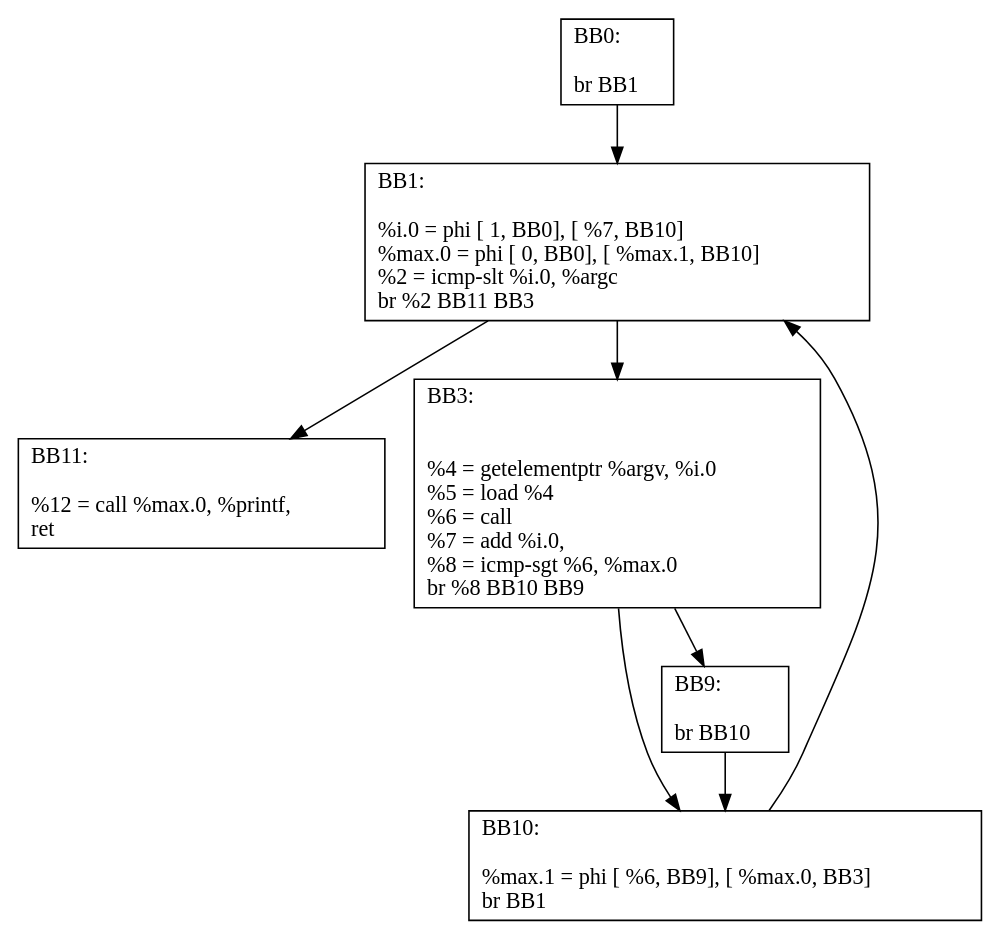
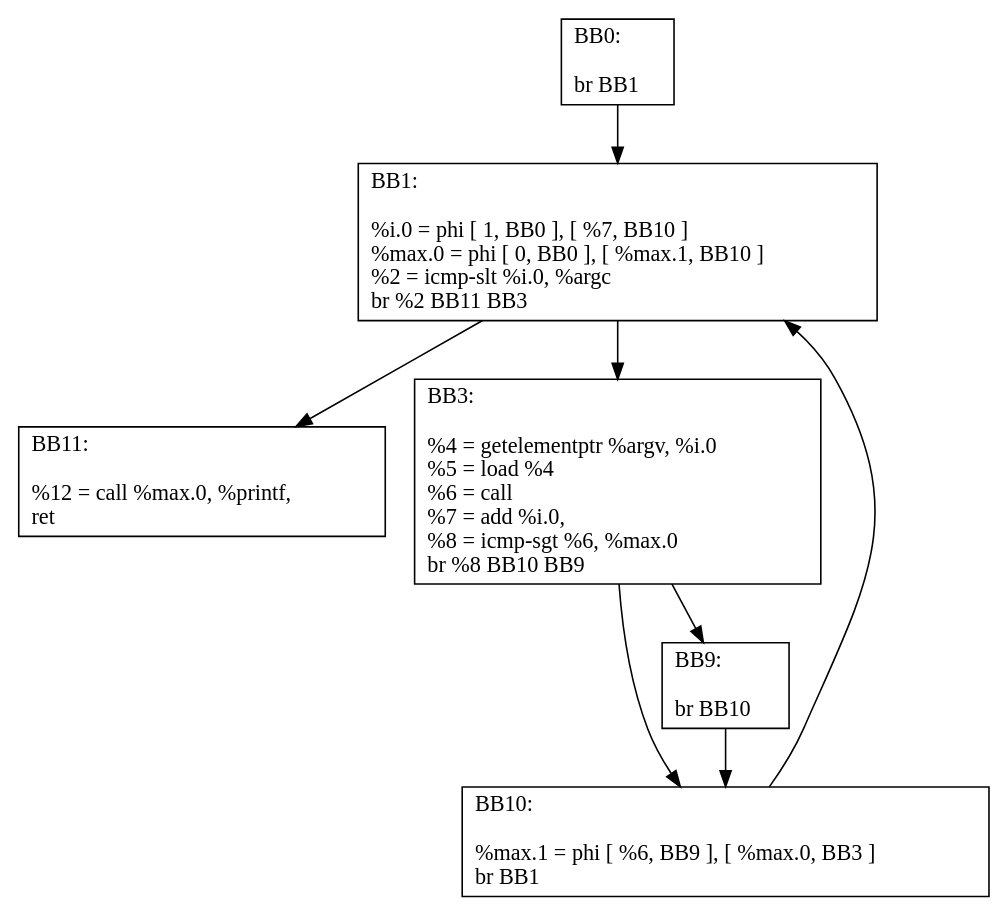
One commit to canesche/cfgPrinter changed the diagram in main.dot. Above: the diagram before and after it, drawn with Graphviz. The commit also changed 3 other files, not shown here.

```diff
--- a/main.dot
+++ b/main.dot
@@ -1,15 +1,15 @@
 digraph "CFG for 'main' function" {
 	AA0 [shape=record, label="{BB0:\l\l  br  BB1\l}"];
 	AA0 -> AA1
-	AA1 [shape=record, label="{BB1:\l\l  %i.0 = phi [ 1, BB0], [  %7, BB10]\l %max.0 = phi [ 0, BB0], [  %max.1, BB10]\l %2 = icmp-slt  %i.0,  %argc\l br %2 BB11 BB3\l}"];
+	AA1 [shape=record, label="{BB1:\l\l  %i.0 = phi [ 1, BB0 ], [  %7, BB10 ]\l %max.0 = phi [ 0, BB0 ], [  %max.1, BB10 ]\l %2 = icmp-slt  %i.0,  %argc\l br %2 BB11 BB3\l}"];
 	AA1 -> AA11
 	AA1 -> AA3
-	AA3 [shape=record, label="{BB3:\l\l \l %4 = getelementptr %argv,  %i.0\l %5 = load %4\l %6 = call\l %7 = add %i.0, \l %8 = icmp-sgt  %6,  %max.0\l br %8 BB10 BB9\l}"];
+	AA3 [shape=record, label="{BB3:\l\l  %4 = getelementptr %argv,  %i.0\l %5 = load %4\l %6 = call\l %7 = add %i.0, \l %8 = icmp-sgt  %6,  %max.0\l br %8 BB10 BB9\l}"];
 	AA3 -> AA10
 	AA3 -> AA9
 	AA9 [shape=record, label="{BB9:\l\l  br  BB10\l}"];
 	AA9 -> AA10
-	AA10 [shape=record, label="{BB10:\l\l  %max.1 = phi [  %6, BB9], [  %max.0, BB3]\l br  BB1\l}"];
+	AA10 [shape=record, label="{BB10:\l\l  %max.1 = phi [  %6, BB9 ], [  %max.0, BB3 ]\l br  BB1\l}"];
 	AA10 -> AA1
 	AA11 [shape=record, label="{BB11:\l\l  %12 = call %max.0,  %printf, \l ret \l}"];
 }
```
